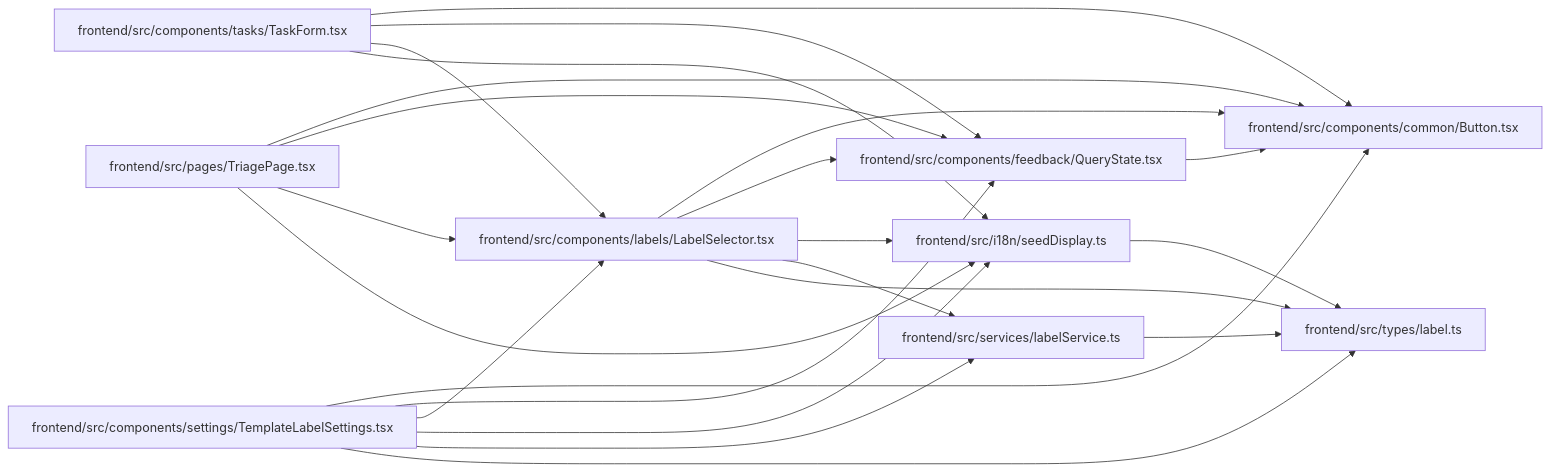
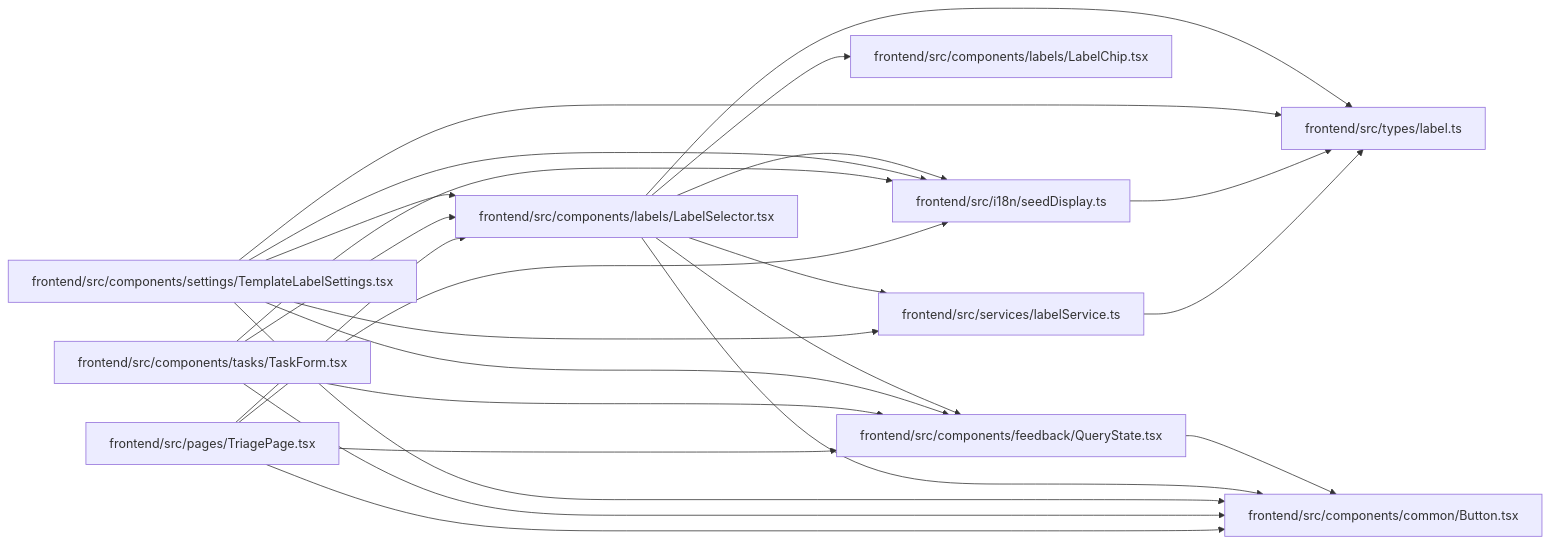
One commit to Denissvgn/WorkChord changed the diagram in docs/llm_wiki/modules/LabelSelector.md. Above: the diagram before and after it, drawn with Mermaid. The commit also changed other lines of this file and 307 other files, not shown here.

````diff
--- a/docs/llm_wiki/modules/LabelSelector.md
+++ b/docs/llm_wiki/modules/LabelSelector.md
@@ -34,43 +35,46 @@
 ```mermaid
 flowchart LR
     n0["frontend/src/components/common/Button.tsx"]
     n1["frontend/src/components/feedback/QueryState.tsx"]
-    n2["frontend/src/components/labels/LabelSelector.tsx"]
-    n3["frontend/src/components/settings/TemplateLabelSettings.tsx"]
-    n4["frontend/src/components/tasks/TaskForm.tsx"]
-    n5["frontend/src/i18n/seedDisplay.ts"]
-    n6["frontend/src/pages/TriagePage.tsx"]
-    n7["frontend/src/services/labelService.ts"]
-    n8["frontend/src/types/label.ts"]
+    n2["frontend/src/components/labels/LabelChip.tsx"]
+    n3["frontend/src/components/labels/LabelSelector.tsx"]
+    n4["frontend/src/components/settings/TemplateLabelSettings.tsx"]
+    n5["frontend/src/components/tasks/TaskForm.tsx"]
+    n6["frontend/src/i18n/seedDisplay.ts"]
+    n7["frontend/src/pages/TriagePage.tsx"]
+    n8["frontend/src/services/labelService.ts"]
+    n9["frontend/src/types/label.ts"]
     n1 --> n0
-    n2 --> n0
-    n2 --> n1
-    n2 --> n5
-    n2 --> n7
-    n2 --> n8
     n3 --> n0
     n3 --> n1
     n3 --> n2
-    n3 --> n5
-    n3 --> n7
+    n3 --> n6
     n3 --> n8
+    n3 --> n9
     n4 --> n0
     n4 --> n1
-    n4 --> n2
-    n4 --> n5
-    n5 --> n8
-    n6 --> n0
-    n6 --> n1
-    n6 --> n2
-    n6 --> n5
-    n7 --> n8
+    n4 --> n3
+    n4 --> n6
+    n4 --> n8
+    n4 --> n9
+    n5 --> n0
+    n5 --> n1
+    n5 --> n3
+    n5 --> n6
+    n6 --> n9
+    n7 --> n0
+    n7 --> n1
+    n7 --> n3
+    n7 --> n6
+    n8 --> n9
     click n0 "../modules/Button.md"
     click n1 "../modules/QueryState.md"
-    click n2 "../modules/LabelSelector.md"
-    click n3 "../modules/TemplateLabelSettings.md"
-    click n4 "../modules/TaskForm.md"
-    click n5 "../modules/seedDisplay.md"
-    click n6 "../modules/TriagePage.md"
-    click n7 "../modules/labelService.md"
-    click n8 "../modules/types_label.md"
+    click n2 "../modules/LabelChip.md"
+    click n3 "../modules/LabelSelector.md"
+    click n4 "../modules/TemplateLabelSettings.md"
+    click n5 "../modules/TaskForm.md"
+    click n6 "../modules/seedDisplay.md"
+    click n7 "../modules/TriagePage.md"
+    click n8 "../modules/labelService.md"
+    click n9 "../modules/types_label.md"
 ```
````
